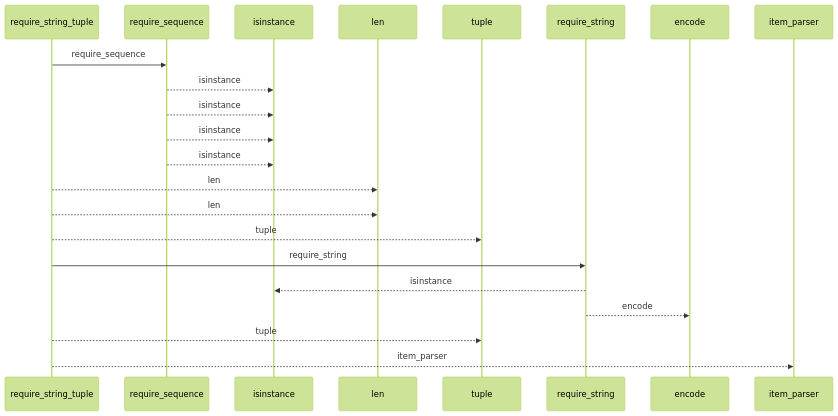
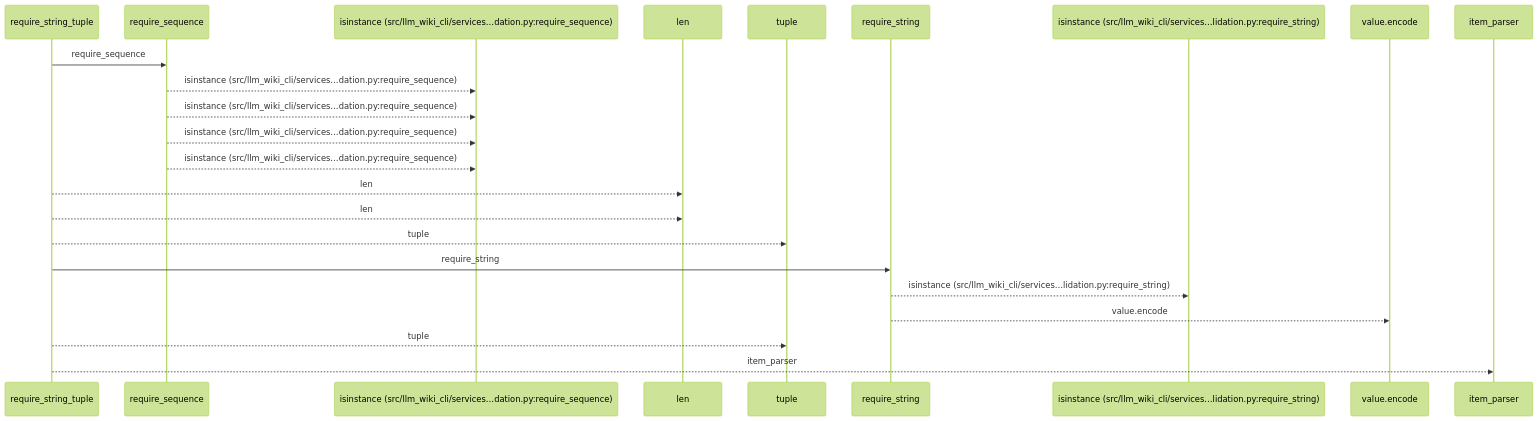
One commit to Denissvgn/python-wiki-llm changed the first of 2 diagrams in docs/llm_wiki/flows/api-require_string_tuple.md. Above: the diagram before and after it, drawn with Mermaid (forest theme). The commit also changed other lines of this file and 719 other files, not shown here.

````diff
--- a/docs/llm_wiki/flows/api-require_string_tuple.md
+++ b/docs/llm_wiki/flows/api-require_string_tuple.md
@@ -10,24 +10,25 @@
 ```mermaid
 sequenceDiagram
     participant p0 as require_string_tuple
     participant p1 as require_sequence
-    participant p2 as isinstance
+    participant p2 as isinstance (src/llm_wiki_cli/services…dation.py:require_sequence)
     participant p3 as len
     participant p4 as tuple
     participant p5 as require_string
-    participant p6 as encode
-    participant p7 as item_parser
+    participant p6 as isinstance (src/llm_wiki_cli/services…lidation.py:require_string)
+    participant p7 as value.encode
+    participant p8 as item_parser
     p0->>p1: require_sequence
-    p1-->>p2: isinstance
-    p1-->>p2: isinstance
-    p1-->>p2: isinstance
-    p1-->>p2: isinstance
+    p1-->>p2: isinstance (src/llm_wiki_cli/services…dation.py:require_sequence)
+    p1-->>p2: isinstance (src/llm_wiki_cli/services…dation.py:require_sequence)
+    p1-->>p2: isinstance (src/llm_wiki_cli/services…dation.py:require_sequence)
+    p1-->>p2: isinstance (src/llm_wiki_cli/services…dation.py:require_sequence)
     p0-->>p3: len
     p0-->>p3: len
     p0-->>p4: tuple
     p0->>p5: require_string
-    p5-->>p2: isinstance
-    p5-->>p6: encode
+    p5-->>p6: isinstance (src/llm_wiki_cli/services…lidation.py:require_string)
+    p5-->>p7: value.encode
     p0-->>p4: tuple
-    p0-->>p7: item_parser
+    p0-->>p8: item_parser
 ```
````
